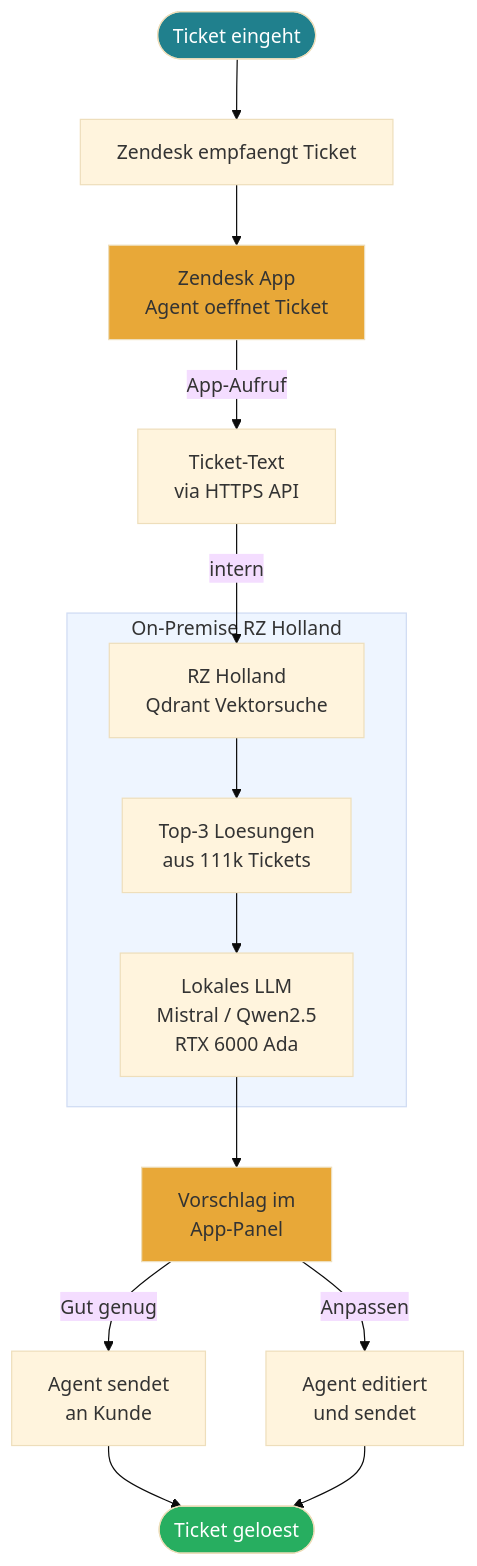
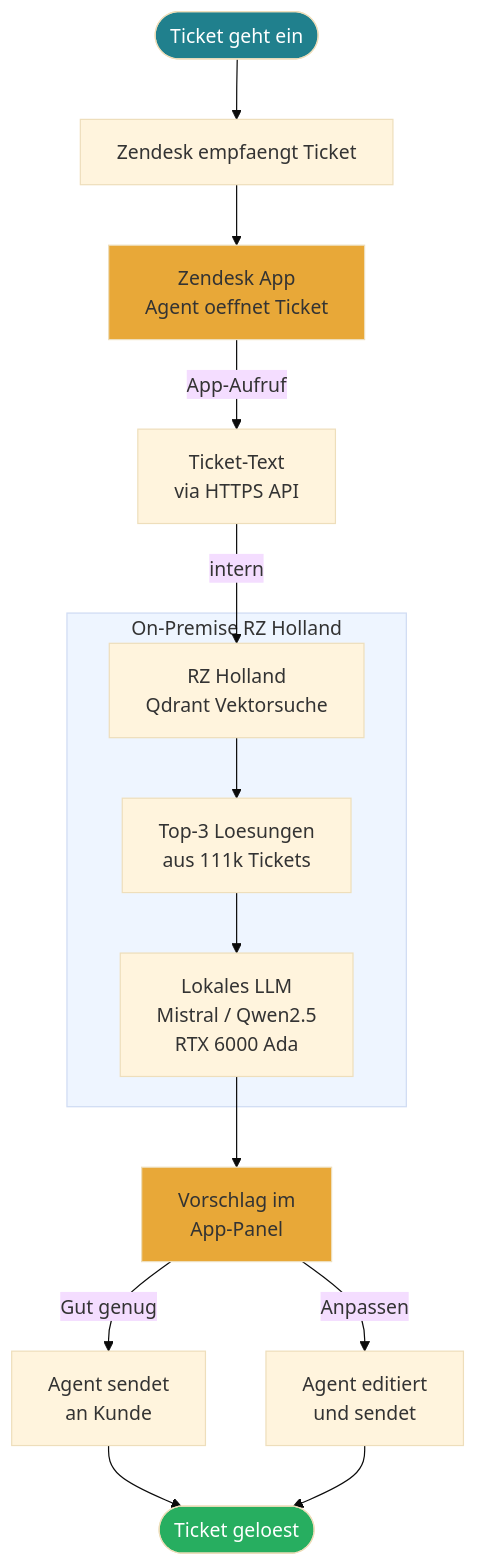
One commit to tekknix/zendesk-ai changed the seventh of 14 diagrams in readme.md. Above: the diagram before and after it, drawn with Mermaid (base theme). The commit also changed other lines of this file, not shown here.

````diff
--- a/readme.md
+++ b/readme.md
@@ -168,26 +168,26 @@
 ```mermaid
 flowchart TD
-    A([Ticket eingeht]) --> B[Zendesk empfaengt Ticket]
+    A([Ticket geht ein]) --> B[Zendesk empfaengt Ticket]
     B --> C[Zendesk App<br>Agent oeffnet Ticket]
     C -->|App-Aufruf| D[Ticket-Text<br>via HTTPS API]
     D -->|intern| E[RZ Holland<br>Qdrant Vektorsuche]
     E --> F[Top-3 Loesungen<br>aus 111k Tickets]
     F --> G[Lokales LLM<br>Mistral / Qwen2.5<br>RTX 6000 Ada]
     G --> H[Vorschlag im<br>App-Panel]
     H -->|Gut genug| I[Agent sendet<br>an Kunde]
     H -->|Anpassen| K[Agent editiert<br>und sendet]
     I --> L([Ticket geloest])
     K --> L
 
     subgraph INFRA [On-Premise RZ Holland]
         E
         F
         G
     end
 
     style A fill:#20808D,color:#fff
     style C fill:#E8A838,color:#333
     style H fill:#E8A838,color:#333
     style L fill:#27AE60,color:#fff
     style INFRA fill:#eef5ff,color:#333
 ```
````
